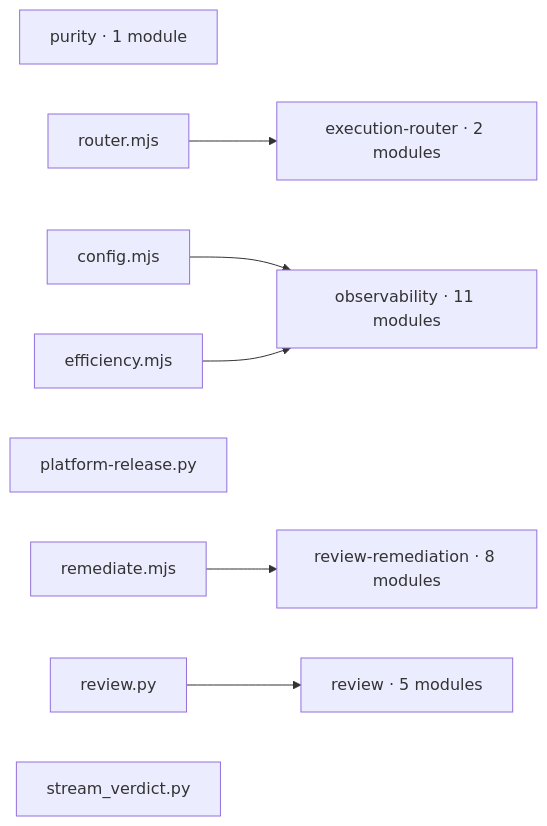
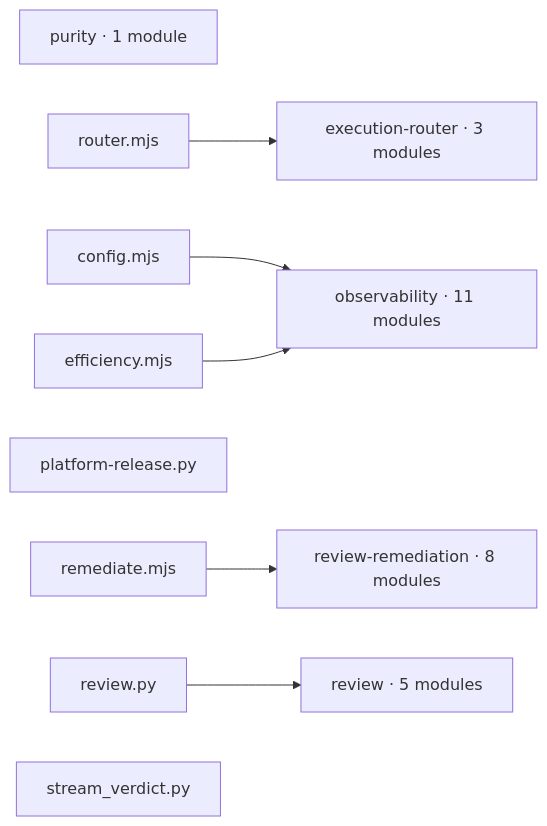
The first of 2 diagrams in docs/generated/runtime-map.md (arbitraged-life/agent-platform), drawn with Mermaid before and after one commit. The commit also changed other lines of this file and 17 other files, not shown here.

````diff
--- a/docs/generated/runtime-map.md
+++ b/docs/generated/runtime-map.md
@@ -11,20 +11,20 @@
 ```mermaid
 flowchart LR
-    n3b3bd3ff01d6["execution-router · 2 modules"]
+    n3b3bd3ff01d6["execution-router · 3 modules"]
     n6691ff7ae175["observability · 11 modules"]
     n6b46c59d409d["purity · 1 module"]
     nbd9463690bd1["review · 5 modules"]
     nd8c919fe5f7d["review-remediation · 8 modules"]
     n94f99a9490f5["router.mjs"]
     n4269fc639fb8["config.mjs"]
     n6b60423d3b7f["efficiency.mjs"]
     nfe02331e31be["platform-release.py"]
     nc30b1a71b638["remediate.mjs"]
     n8b14b415a924["review.py"]
     n9c5498235c75["stream_verdict.py"]
     n94f99a9490f5 --> n3b3bd3ff01d6
     n4269fc639fb8 --> n6691ff7ae175
     n6b60423d3b7f --> n6691ff7ae175
     nc30b1a71b638 --> nd8c919fe5f7d
     n8b14b415a924 --> nbd9463690bd1
 ```
````
